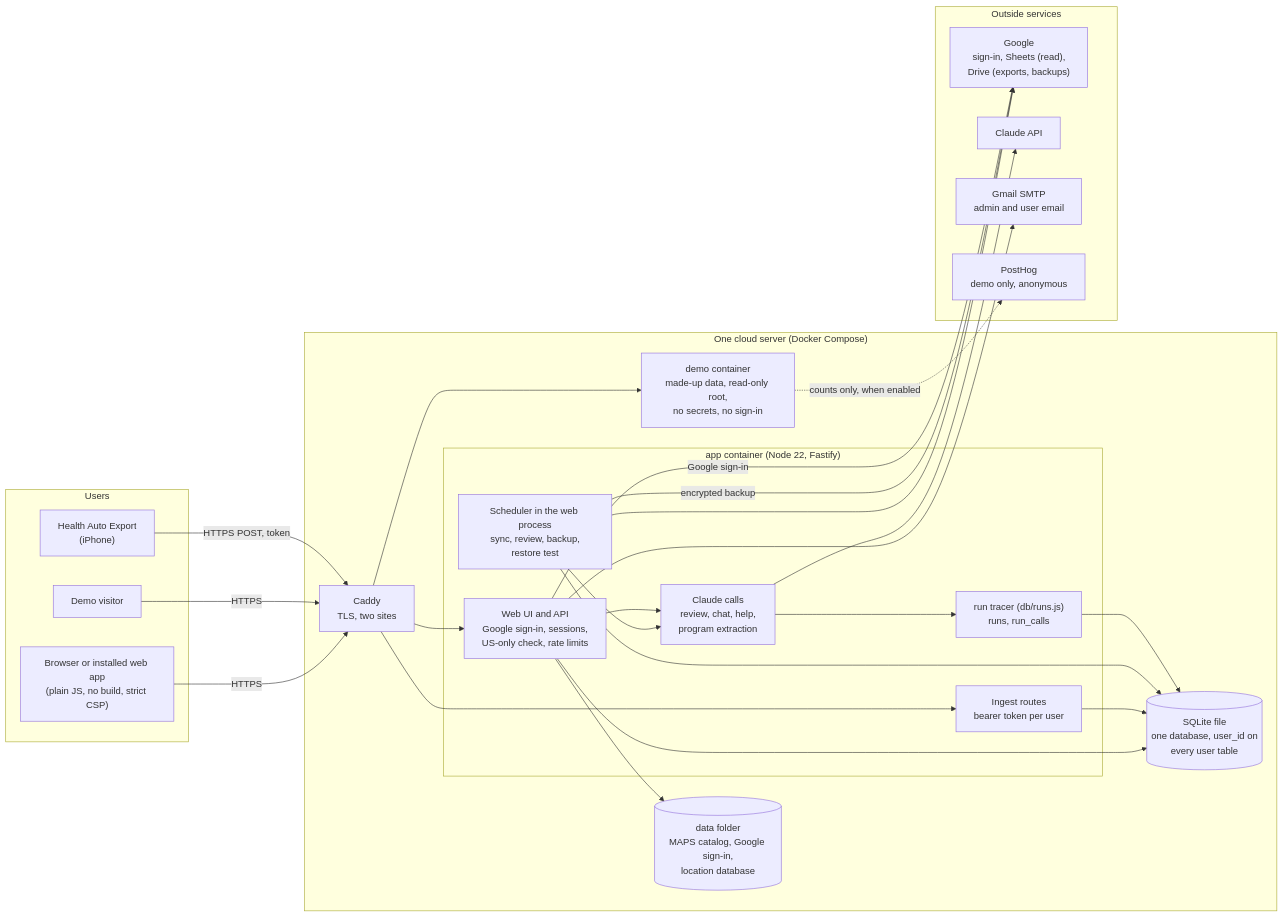
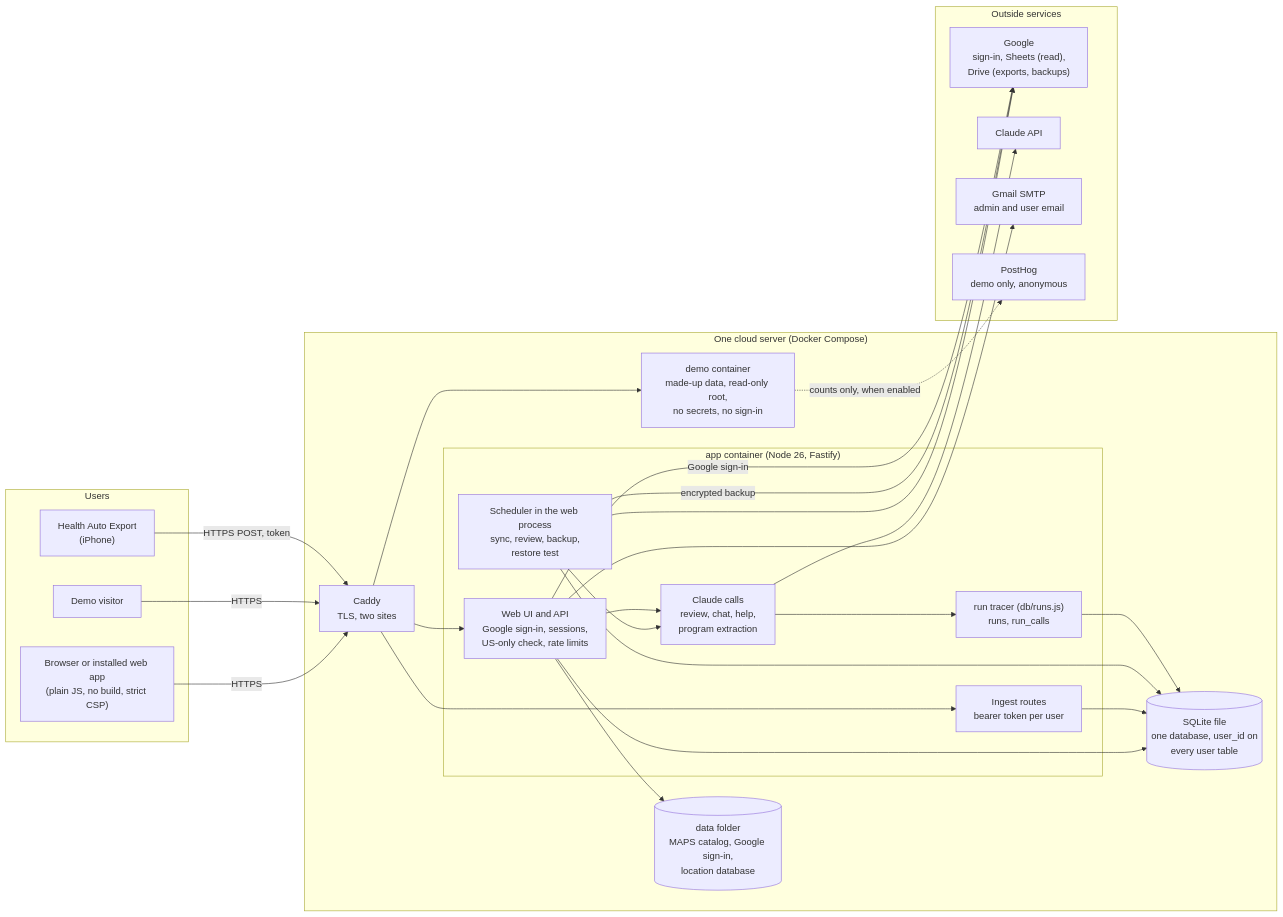
Before and after one commit to scottmroth5/Health-Review: the diagram in docs/architecture/current.md, drawn with Mermaid. The commit also changed 6 other files, not shown here.

````diff
--- a/docs/architecture/current.md
+++ b/docs/architecture/current.md
@@ -6,50 +6,50 @@
 ```mermaid
 flowchart LR
   subgraph Users
     B["Browser or installed web app<br/>(plain JS, no build, strict CSP)"]
     V["Demo visitor"]
     HAE["Health Auto Export<br/>(iPhone)"]
   end
 
   subgraph Server["One cloud server (Docker Compose)"]
     C["Caddy<br/>TLS, two sites"]
-    subgraph App["app container (Node 22, Fastify)"]
+    subgraph App["app container (Node 26, Fastify)"]
       W["Web UI and API<br/>Google sign-in, sessions,<br/>US-only check, rate limits"]
       I["Ingest routes<br/>bearer token per user"]
       S["Scheduler in the web process<br/>sync, review, backup,<br/>restore test"]
       AI["Claude calls<br/>review, chat, help,<br/>program extraction"]
       T["run tracer (db/runs.js)<br/>runs, run_calls"]
     end
     D["demo container<br/>made-up data, read-only root,<br/>no secrets, no sign-in"]
     DB[("SQLite file<br/>one database, user_id on<br/>every user table")]
     F[("data folder<br/>MAPS catalog, Google sign-in,<br/>location database")]
   end
 
   subgraph Outside["Outside services"]
     G["Google<br/>sign-in, Sheets (read),<br/>Drive (exports, backups)"]
     CL["Claude API"]
     M["Gmail SMTP<br/>admin and user email"]
     PH["PostHog<br/>demo only, anonymous"]
   end
 
   B -->|HTTPS| C
   V -->|HTTPS| C
   HAE -->|"HTTPS POST, token"| C
   C --> W
   C --> I
   C --> D
   W --> DB
   I --> DB
   S --> DB
   S --> G
   S --> AI
   W --> AI
   AI --> CL
   AI --> T
   T --> DB
   W --> F
   S -->|"encrypted backup"| G
   W --> M
   W -->|"Google sign-in"| G
   D -.->|"counts only, when enabled"| PH
 ```
````
